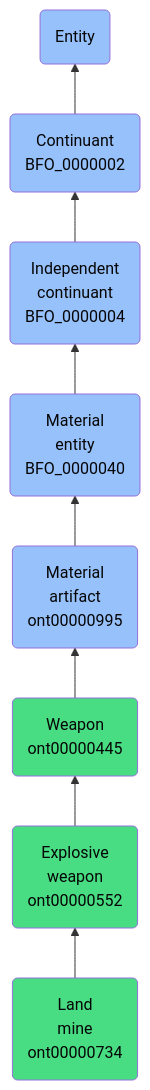
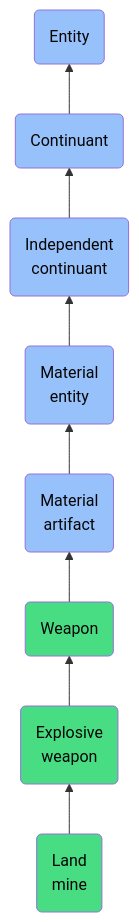
The diagram in docs/ontology/reference/model/Entity/Continuant/Independent continuant/Material entity/Material artifact/Weapon/Explosive weapon/Land mine/Land mine.md (jupyter-naas/abi), drawn with Mermaid before and after one commit. The commit also changed other lines of this file and 1430 other files, not shown here.

````diff
--- a/docs/ontology/reference/model/Entity/Continuant/Independent continuant/Material entity/Material artifact/Weapon/Explosive weapon/Land mine/Land mine.md
+++ b/docs/ontology/reference/model/Entity/Continuant/Independent continuant/Material entity/Material artifact/Weapon/Explosive weapon/Land mine/Land mine.md
@@ -24,15 +24,15 @@
 ```mermaid
 graph BT
-    ont00000734(Land<br>mine<br>ont00000734):::ABI-->ont00000552
-    ont00000552(Explosive<br>weapon<br>ont00000552):::ABI-->ont00000445
-    ont00000445(Weapon<br>ont00000445):::ABI-->ont00000995
-    ont00000995(Material<br>artifact<br>ont00000995):::BFO-->BFO_0000040
-    BFO_0000040(Material<br>entity<br>BFO_0000040):::BFO-->BFO_0000004
-    BFO_0000004(Independent<br>continuant<br>BFO_0000004):::BFO-->BFO_0000002
-    BFO_0000002(Continuant<br>BFO_0000002):::BFO-->BFO_0000001
+    ont00000734(Land<br>mine):::ABI-->ont00000552
+    ont00000552(Explosive<br>weapon):::ABI-->ont00000445
+    ont00000445(Weapon):::ABI-->ont00000995
+    ont00000995(Material<br>artifact):::BFO-->BFO_0000040
+    BFO_0000040(Material<br>entity):::BFO-->BFO_0000004
+    BFO_0000004(Independent<br>continuant):::BFO-->BFO_0000002
+    BFO_0000002(Continuant):::BFO-->BFO_0000001
     BFO_0000001(Entity):::BFO
     
     classDef BFO fill:#97c1fb,color:#060606
     classDef CCO fill:#e4c51e,color:#060606
     classDef ABI fill:#48DD82,color:#060606
 ```
````
